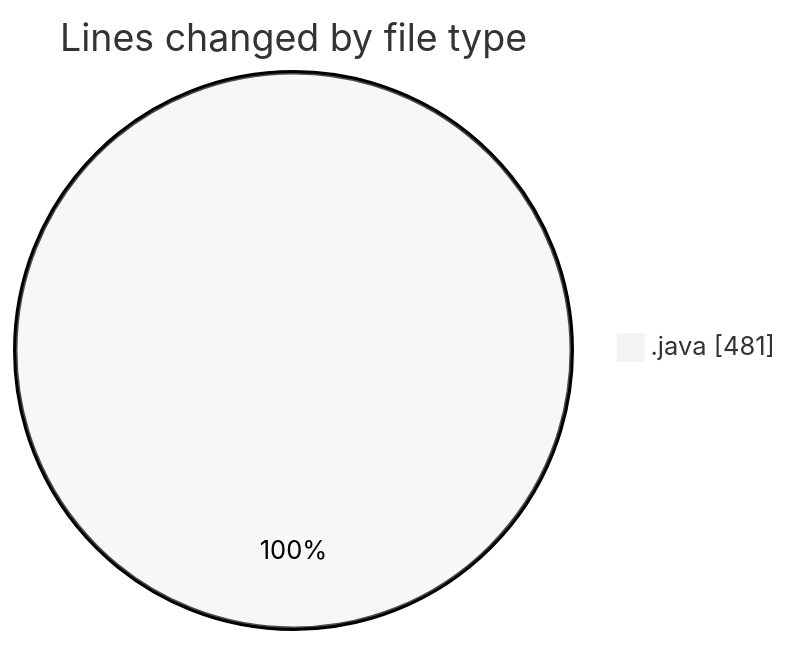
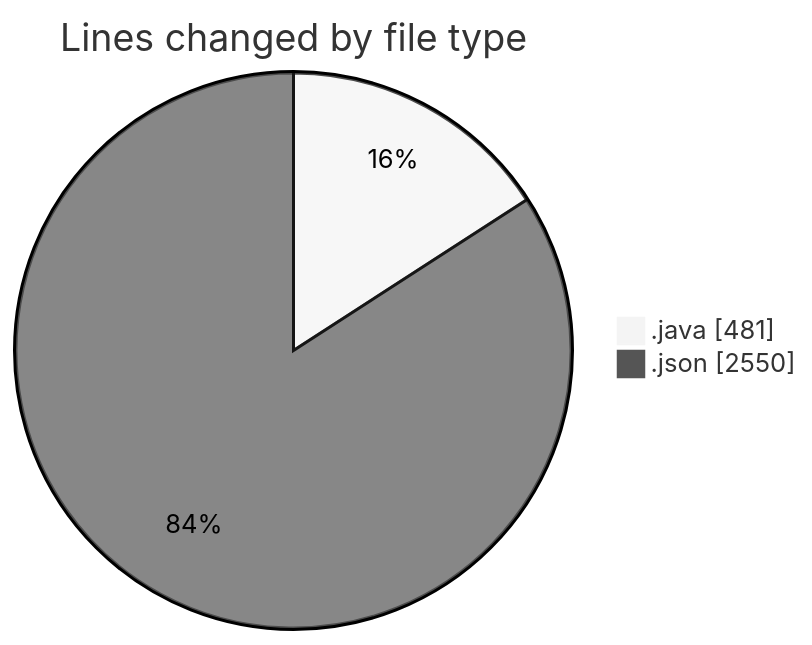
Before and after one commit to ricardozamudiocil/code-tracking: the first of 2 diagrams in 2026-07-16/cilapp/README.md, drawn with Mermaid (neutral theme). The commit also changed other lines of this file and 1 other file, not shown here.

````diff
--- a/2026-07-16/cilapp/README.md
+++ b/2026-07-16/cilapp/README.md
@@ -20,5 +21,6 @@
 ```mermaid
 pie showData
 title Lines changed by file type
 ".java" : 481
+".json" : 2550
 ```
````
